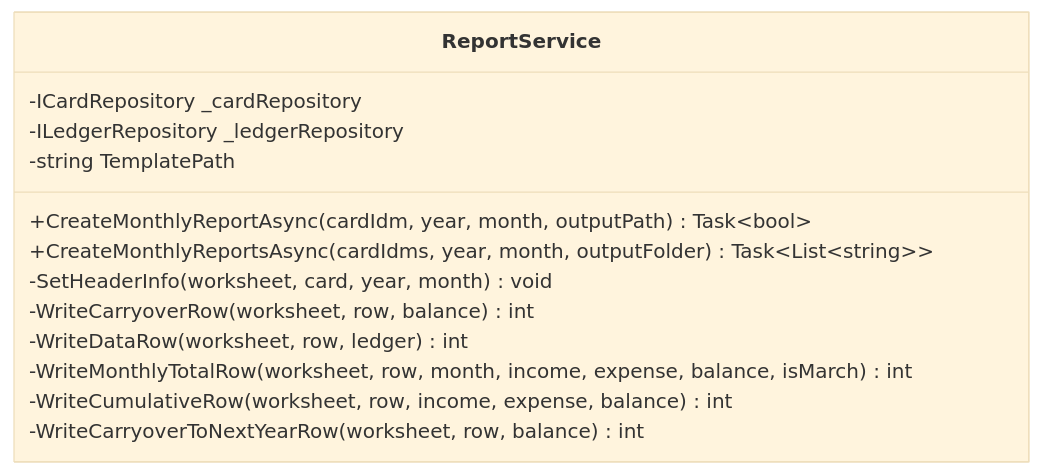
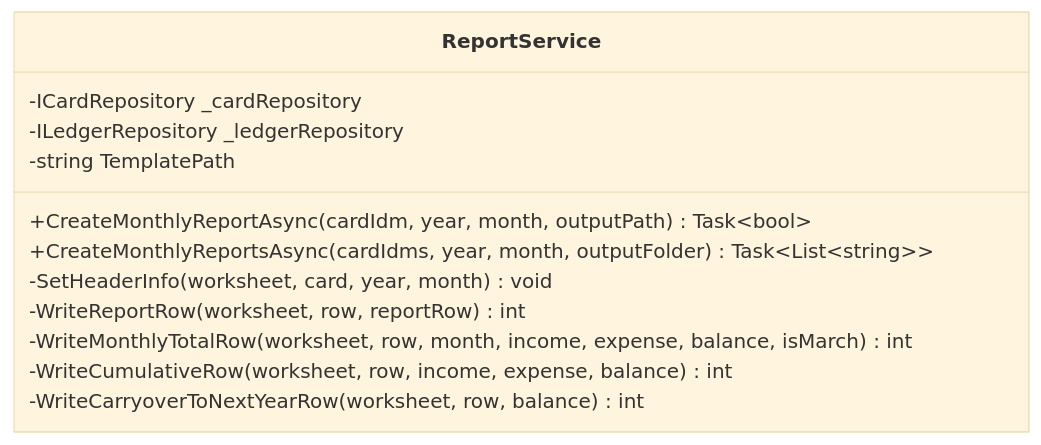
One commit to kuwayamamasayuki/ICCardManager changed the sixth of 44 diagrams in ICCardManager/docs/design/05_クラス設計書.md. Above: the diagram before and after it, drawn with Mermaid (base theme). The commit also changed 3 other files, not shown here.

First line of the commit message:
docs: ドリフト監査 G グループ（設計書クラス図/シーケンス図 medium/low 3件）を実態へ同期 (#1663)

````diff
--- a/ICCardManager/docs/design/05_クラス設計書.md
+++ b/ICCardManager/docs/design/05_クラス設計書.md
@@ -462,16 +462,15 @@
 ```mermaid
 classDiagram
     class ReportService {
         -ICardRepository _cardRepository
         -ILedgerRepository _ledgerRepository
         -string TemplatePath
         +CreateMonthlyReportAsync(cardIdm, year, month, outputPath) Task~bool~
         +CreateMonthlyReportsAsync(cardIdms, year, month, outputFolder) Task~List~string~~
         -SetHeaderInfo(worksheet, card, year, month) void
-        -WriteCarryoverRow(worksheet, row, balance) int
-        -WriteDataRow(worksheet, row, ledger) int
+        -WriteReportRow(worksheet, row, reportRow) int
         -WriteMonthlyTotalRow(worksheet, row, month, income, expense, balance, isMarch) int
         -WriteCumulativeRow(worksheet, row, income, expense, balance) int
         -WriteCarryoverToNextYearRow(worksheet, row, balance) int
     }
 ```
````
